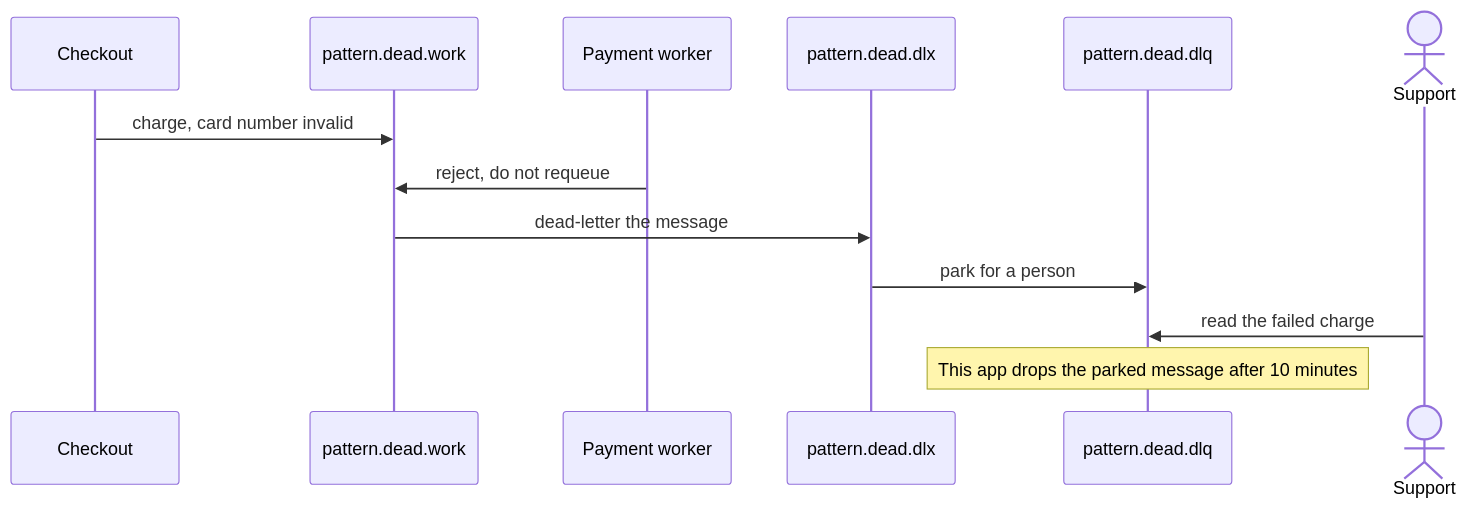
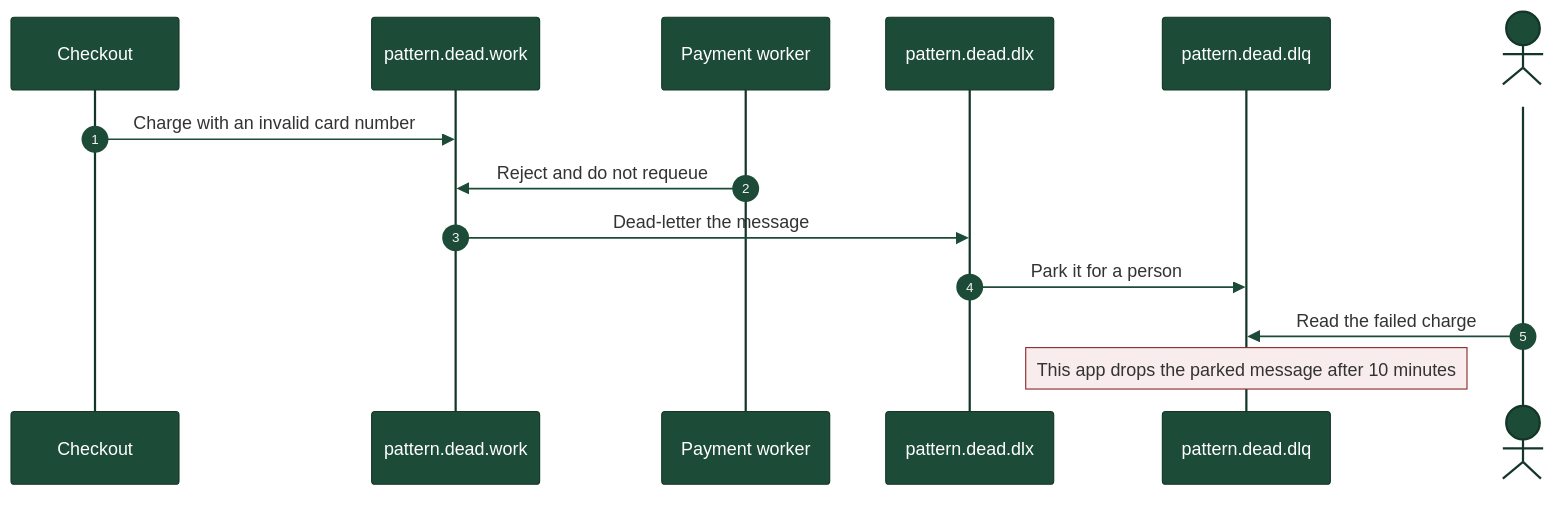
The eighth of 8 diagrams in README.md (omeraltan/simple-rabbitmq-and-springboot-project), drawn with Mermaid before and after one commit. The commit also changed other lines of this file, not shown here.

````diff
--- a/README.md
+++ b/README.md
@@ -194,16 +253,18 @@
 ```mermaid
+%%{init: {'theme':'base','themeVariables': {'fontFamily':'ui-sans-serif, system-ui, sans-serif','actorBkg':'#1c4b38','actorTextColor':'#ffffff','actorBorder':'#143628','signalColor':'#1c4b38','noteBkgColor':'#f8ecec','noteBorderColor':'#8a2b2b'}}}%%
 sequenceDiagram
+    autonumber
     participant Checkout
     participant Work as pattern.dead.work
     participant Worker as Payment worker
     participant Dlx as pattern.dead.dlx
     participant Review as pattern.dead.dlq
     actor Support
 
-    Checkout->>Work: charge, card number invalid
-    Worker->>Work: reject, do not requeue
-    Work->>Dlx: dead-letter the message
-    Dlx->>Review: park for a person
-    Support->>Review: read the failed charge
+    Checkout->>Work: Charge with an invalid card number
+    Worker->>Work: Reject and do not requeue
+    Work->>Dlx: Dead-letter the message
+    Dlx->>Review: Park it for a person
+    Support->>Review: Read the failed charge
     Note over Review: This app drops the parked message after 10 minutes
 ```
````
